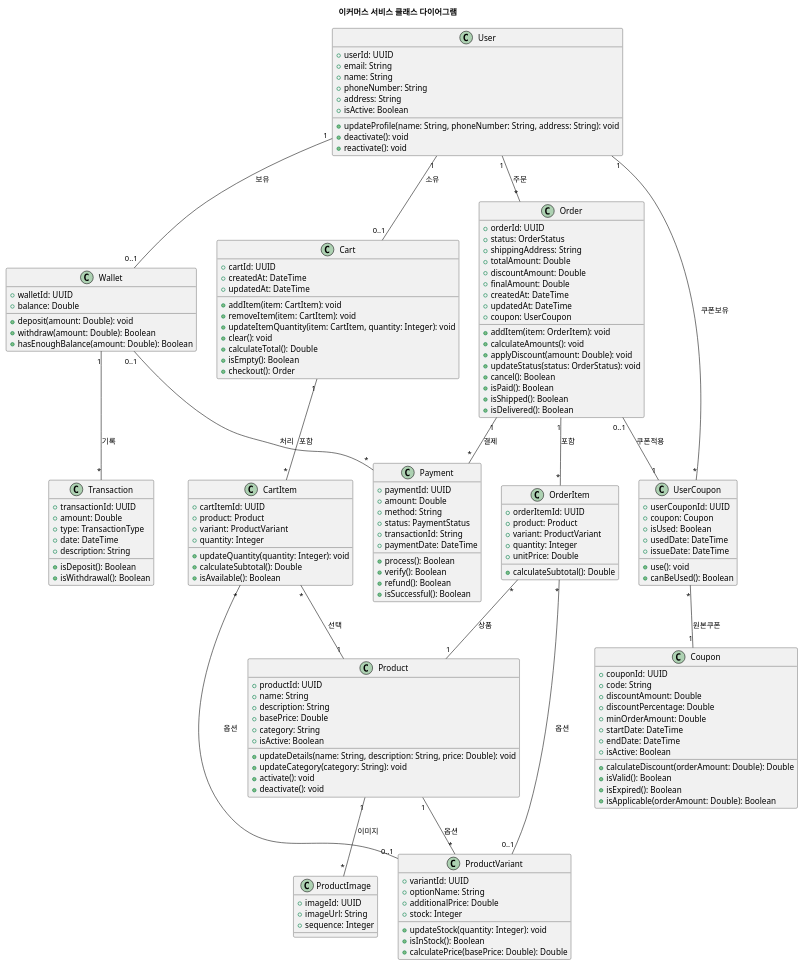
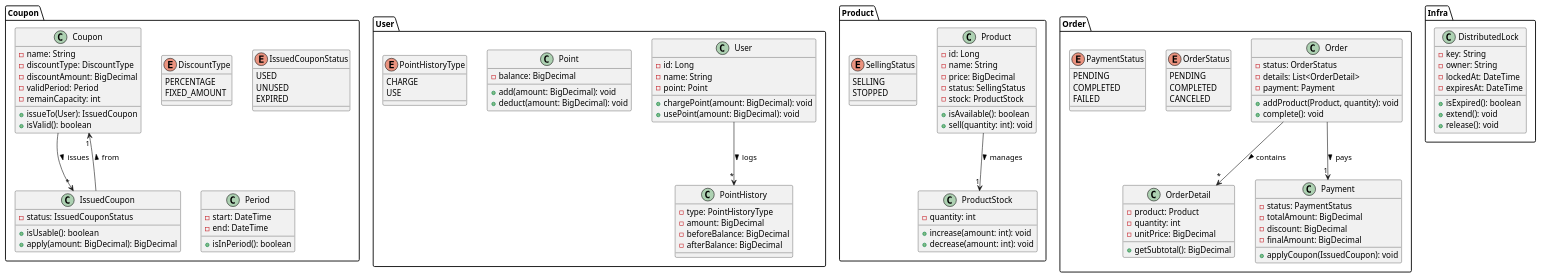
One commit to dahlbong/e-commerce-server changed the diagram in docs/classDiagram/classDiagram.puml. Above: the diagram before and after it, drawn with PlantUML. The commit also changed 1 other file, not shown here.

Commit message:
[docs] classDiagram 의미 없는 관계 끊어내고 간소화

```diff
--- a/docs/classDiagram/classDiagram.puml
+++ b/docs/classDiagram/classDiagram.puml
@@ -1,183 +1,146 @@
 @startuml
-title 이커머스 서비스 클래스 다이어그램
+package "User" {
+  class User {
+    -id: Long
+    -name: String
+    -point: Point
+    +chargePoint(amount: BigDecimal): void
+    +usePoint(amount: BigDecimal): void
+  }
 
-' 사용자 관련 클래스
-class User {
-  +userId: UUID
-  +email: String
-  +name: String
-  +phoneNumber: String
-  +address: String
-  +isActive: Boolean
-  +updateProfile(name: String, phoneNumber: String, address: String): void
-  +deactivate(): void
-  +reactivate(): void
+  class Point {
+    -balance: BigDecimal
+    +add(amount: BigDecimal): void
+    +deduct(amount: BigDecimal): void
+  }
+
+  class PointHistory {
+    -type: PointHistoryType
+    -amount: BigDecimal
+    -beforeBalance: BigDecimal
+    -afterBalance: BigDecimal
+  }
+
+  enum PointHistoryType {
+    CHARGE
+    USE
+  }
+
+  User --> "*" PointHistory : logs >
 }
 
-class Wallet {
-  +walletId: UUID
-  +balance: Double
-  +deposit(amount: Double): void
-  +withdraw(amount: Double): Boolean
-  +hasEnoughBalance(amount: Double): Boolean
+package "Product" {
+  class Product {
+    -id: Long
+    -name: String
+    -price: BigDecimal
+    -status: SellingStatus
+    -stock: ProductStock
+    +isAvailable(): boolean
+    +sell(quantity: int): void
+  }
+
+  class ProductStock {
+    -quantity: int
+    +increase(amount: int): void
+    +decrease(amount: int): void
+  }
+
+  enum SellingStatus {
+    SELLING
+    STOPPED
+  }
+
+  Product --> "1" ProductStock : manages >
 }
 
-class Transaction {
-  +transactionId: UUID
-  +amount: Double
-  +type: TransactionType
-  +date: DateTime
-  +description: String
-  +isDeposit(): Boolean
-  +isWithdrawal(): Boolean
+package "Coupon" {
+  class Coupon {
+    -name: String
+    -discountType: DiscountType
+    -discountAmount: BigDecimal
+    -validPeriod: Period
+    -remainCapacity: int
+    +issueTo(User): IssuedCoupon
+    +isValid(): boolean
+  }
+
+  class IssuedCoupon {
+    -status: IssuedCouponStatus
+    +isUsable(): boolean
+    +apply(amount: BigDecimal): BigDecimal
+  }
+
+  enum DiscountType {
+    PERCENTAGE
+    FIXED_AMOUNT
+  }
+
+  enum IssuedCouponStatus {
+    USED
+    UNUSED
+    EXPIRED
+  }
+
+  class Period {
+    -start: DateTime
+    -end: DateTime
+    +isInPeriod(): boolean
+  }
+
+  Coupon --> "*" IssuedCoupon : issues >
+  IssuedCoupon --> "1" Coupon : from >
 }
 
-' 상품 관련 클래스
-class Product {
-  +productId: UUID
-  +name: String
-  +description: String
-  +basePrice: Double
-  +category: String
-  +isActive: Boolean
-  +updateDetails(name: String, description: String, price: Double): void
-  +updateCategory(category: String): void
-  +activate(): void
-  +deactivate(): void
+package "Order" {
+  class Order {
+    -status: OrderStatus
+    -details: List<OrderDetail>
+    -payment: Payment
+    +addProduct(Product, quantity): void
+    +complete(): void
+  }
+
+  class OrderDetail {
+    -product: Product
+    -quantity: int
+    -unitPrice: BigDecimal
+    +getSubtotal(): BigDecimal
+  }
+
+  class Payment {
+    -status: PaymentStatus
+    -totalAmount: BigDecimal
+    -discount: BigDecimal
+    -finalAmount: BigDecimal
+    +applyCoupon(IssuedCoupon): void
+  }
+
+  enum OrderStatus {
+    PENDING
+    COMPLETED
+    CANCELED
+  }
+
+  enum PaymentStatus {
+    PENDING
+    COMPLETED
+    FAILED
+  }
+
+  Order --> "*" OrderDetail : contains >
+  Order --> "1" Payment : pays >
 }
 
-class ProductVariant {
-  +variantId: UUID
-  +optionName: String
-  +additionalPrice: Double
-  +stock: Integer
-  +updateStock(quantity: Integer): void
-  +isInStock(): Boolean
-  +calculatePrice(basePrice: Double): Double
+package "Infra" {
+  class DistributedLock {
+    -key: String
+    -owner: String
+    -lockedAt: DateTime
+    -expiresAt: DateTime
+    +isExpired(): boolean
+    +extend(): void
+    +release(): void
+  }
 }
-
-class ProductImage {
-  +imageId: UUID
-  +imageUrl: String
-  +sequence: Integer
-}
-
-' 장바구니 관련 클래스
-class Cart {
-  +cartId: UUID
-  +createdAt: DateTime
-  +updatedAt: DateTime
-  +addItem(item: CartItem): void
-  +removeItem(item: CartItem): void
-  +updateItemQuantity(item: CartItem, quantity: Integer): void
-  +clear(): void
-  +calculateTotal(): Double
-  +isEmpty(): Boolean
-  +checkout(): Order
-}
-
-class CartItem {
-  +cartItemId: UUID
-  +product: Product
-  +variant: ProductVariant
-  +quantity: Integer
-  +updateQuantity(quantity: Integer): void
-  +calculateSubtotal(): Double
-  +isAvailable(): Boolean
-}
-
-' 주문 관련 클래스
-class Order {
-  +orderId: UUID
-  +status: OrderStatus
-  +shippingAddress: String
-  +totalAmount: Double
-  +discountAmount: Double
-  +finalAmount: Double
-  +createdAt: DateTime
-  +updatedAt: DateTime
-  +coupon: UserCoupon
-  +addItem(item: OrderItem): void
-  +calculateAmounts(): void
-  +applyDiscount(amount: Double): void
-  +updateStatus(status: OrderStatus): void
-  +cancel(): Boolean
-  +isPaid(): Boolean
-  +isShipped(): Boolean
-  +isDelivered(): Boolean
-}
-
-class OrderItem {
-  +orderItemId: UUID
-  +product: Product
-  +variant: ProductVariant
-  +quantity: Integer
-  +unitPrice: Double
-  +calculateSubtotal(): Double
-}
-
-' 결제 관련 클래스
-class Payment {
-  +paymentId: UUID
-  +amount: Double
-  +method: String
-  +status: PaymentStatus
-  +transactionId: String
-  +paymentDate: DateTime
-  +process(): Boolean
-  +verify(): Boolean
-  +refund(): Boolean
-  +isSuccessful(): Boolean
-}
-
-' 쿠폰 관련 클래스
-class Coupon {
-  +couponId: UUID
-  +code: String
-  +discountAmount: Double
-  +discountPercentage: Double
-  +minOrderAmount: Double
-  +startDate: DateTime
-  +endDate: DateTime
-  +isActive: Boolean
-  +calculateDiscount(orderAmount: Double): Double
-  +isValid(): Boolean
-  +isExpired(): Boolean
-  +isApplicable(orderAmount: Double): Boolean
-}
-
-class UserCoupon {
-  +userCouponId: UUID
-  +coupon: Coupon
-  +isUsed: Boolean
-  +usedDate: DateTime
-  +issueDate: DateTime
-  +use(): void
-  +canBeUsed(): Boolean
-}
-
-' 관계 정의
-User "1" -- "0..1" Wallet : 보유
-User "1" -- "0..1" Cart : 소유
-User "1" -- "*" Order : 주문
-User "1" -- "*" UserCoupon : 쿠폰보유
-
-Wallet "1" -- "*" Transaction : 기록
-Wallet "0..1" -- "*" Payment : 처리
-
-Product "1" -- "*" ProductVariant : 옵션
-Product "1" -- "*" ProductImage : 이미지
-
-Cart "1" -- "*" CartItem : 포함
-CartItem "*" -- "1" Product : 선택
-CartItem "*" -- "0..1" ProductVariant : 옵션
-
-Order "1" -- "*" OrderItem : 포함
-Order "1" -- "*" Payment : 결제
-Order "0..1" -- "1" UserCoupon : 쿠폰적용
-OrderItem "*" -- "1" Product : 상품
-OrderItem "*" -- "0..1" ProductVariant : 옵션
-
-UserCoupon "*" -- "1" Coupon : 원본쿠폰
-
 @enduml
```
